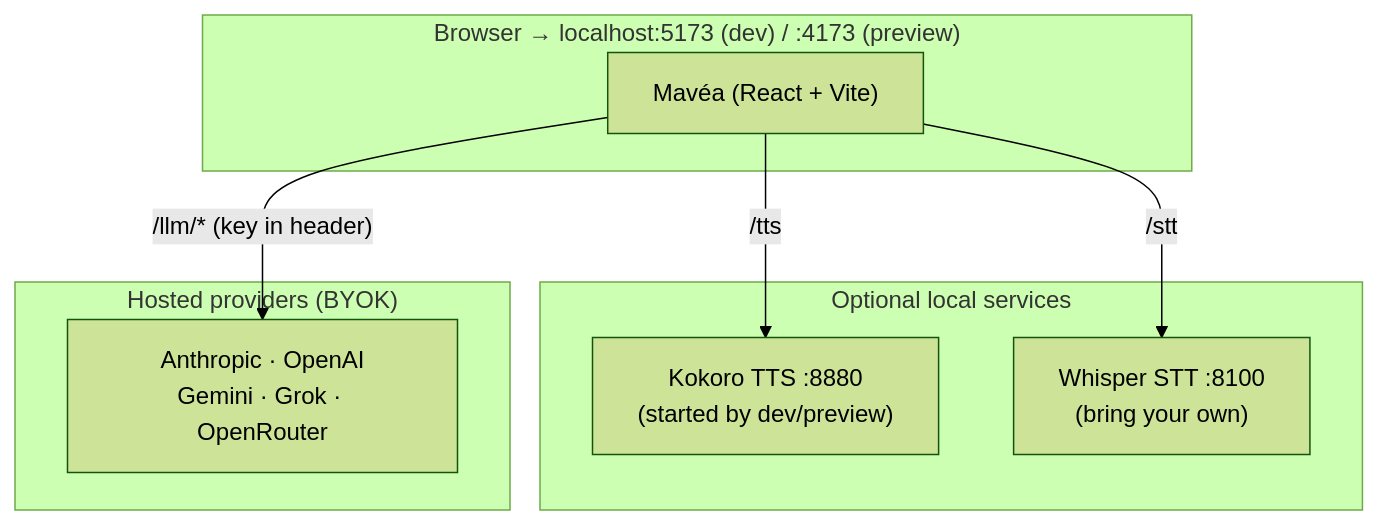
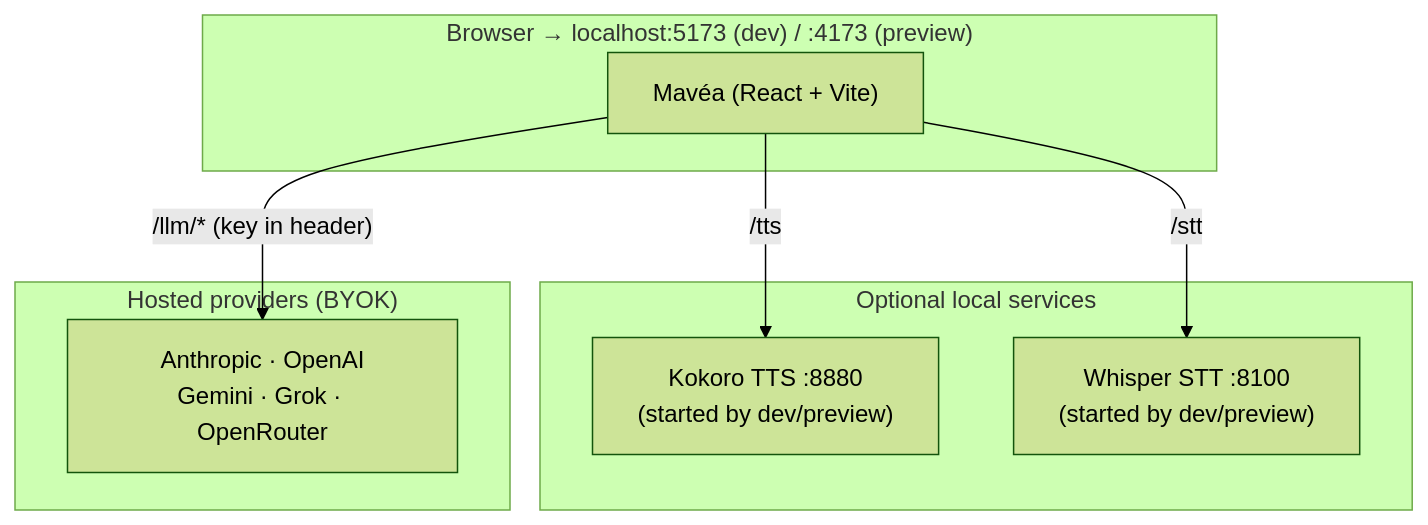
The diagram in docs/LIVE-SETUP.md (TryMaveaAI/mavea), drawn with Mermaid (forest theme) before and after one commit. The commit also changed other lines of this file and 3 other files, not shown here.

````diff
--- a/docs/LIVE-SETUP.md
+++ b/docs/LIVE-SETUP.md
@@ -125,16 +126,16 @@
 ```mermaid
 flowchart TD
     subgraph client ["Browser → localhost:5173 (dev) / :4173 (preview)"]
         APP["Mavéa (React + Vite)"]
     end
     subgraph optional ["Optional local services"]
         KO["Kokoro TTS :8880\n(started by dev/preview)"]
-        WH["Whisper STT :8100\n(bring your own)"]
+        WH["Whisper STT :8100\n(started by dev/preview)"]
     end
     subgraph hosted ["Hosted providers (BYOK)"]
         AN["Anthropic · OpenAI\nGemini · Grok · OpenRouter"]
     end
     APP -->|/tts| KO
     APP -->|/stt| WH
     APP -->|"/llm/* (key in header)"| AN
 ```
````
